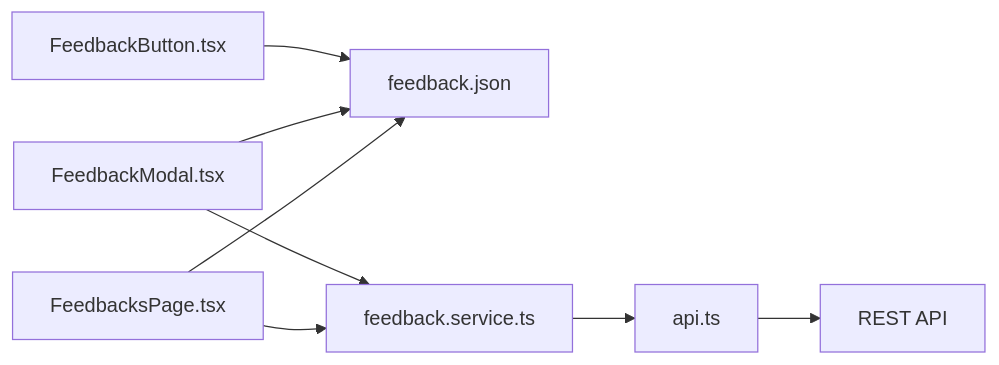
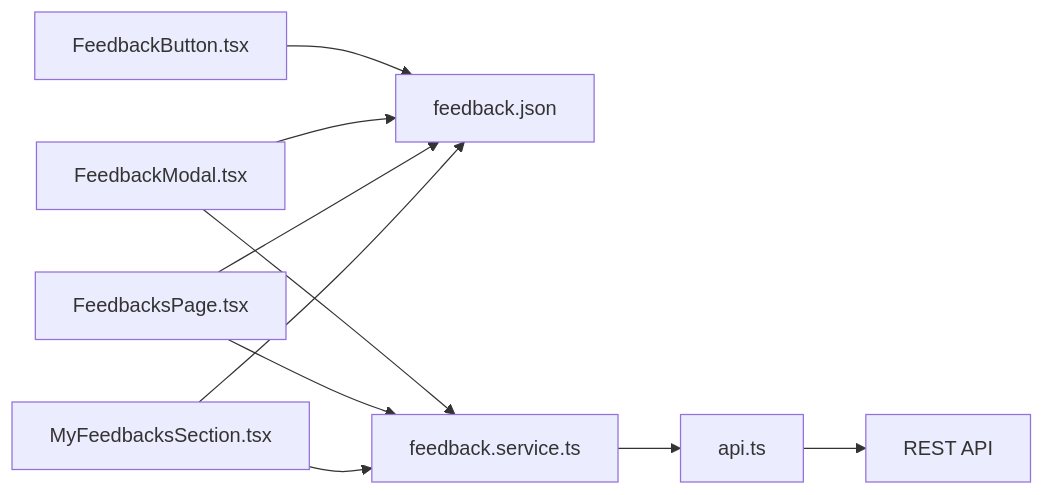
One commit to RobertRuas/windlog changed the fourth of 4 diagrams in .qoder/repowiki/en/content/Arquitetura Frontend/Módulo de Feedback - Frontend.md. Above: the diagram before and after it, drawn with Mermaid. The commit also changed other lines of this file and 89 other files, not shown here.

````diff
--- a/.qoder/repowiki/en/content/Arquitetura Frontend/Módulo de Feedback - Frontend.md
+++ b/.qoder/repowiki/en/content/Arquitetura Frontend/Módulo de Feedback - Frontend.md
@@ -217,10 +323,12 @@
 ```mermaid
 graph LR
 FB_Button["FeedbackButton.tsx"] --> FB_Locales["feedback.json"]
 FB_Modal["FeedbackModal.tsx"] --> FB_Service["feedback.service.ts"]
 FB_Modal --> FB_Locales
 FB_Page["FeedbacksPage.tsx"] --> FB_Service
 FB_Page --> FB_Locales
+MF_Sections["MyFeedbacksSection.tsx"] --> FB_Service
+MF_Sections --> FB_Locales
 FB_Service --> API_Client["api.ts"]
 API_Client --> Backend["REST API"]
 ```
````
